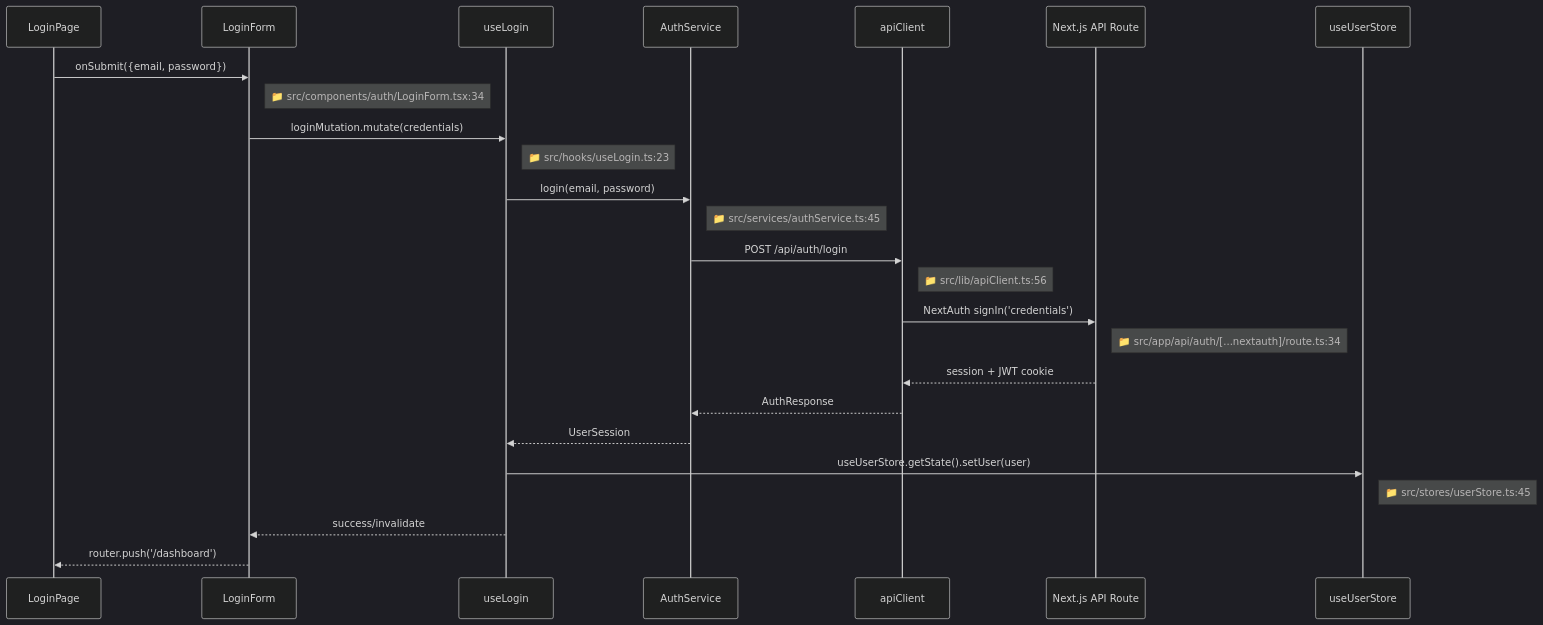
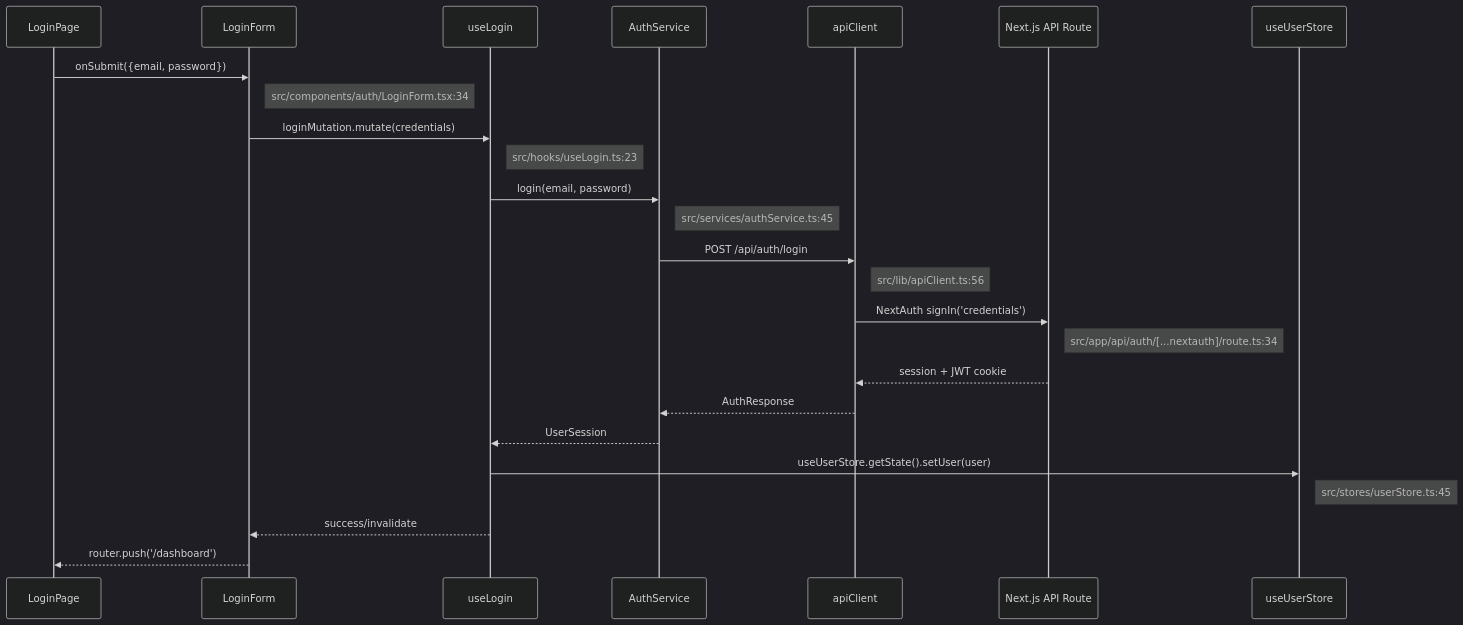
The third of 5 diagrams in references/react-template.md (CaostGrace/project-arch-reverse), drawn with Mermaid (dark theme) before and after one commit. The commit also changed other lines of this file and 10 other files, not shown here.

Commit message:
fix: 修复 12.1 流程图 Mermaid 渲染问题 - 结构重组+节点引号+形状修复

````diff
--- a/references/react-template.md
+++ b/references/react-template.md
@@ -250,28 +263,28 @@
 ```mermaid
 sequenceDiagram
     participant UI as LoginPage
     participant Form as LoginForm
     participant Hook as useLogin
     participant Auth as AuthService
     participant API as apiClient
     participant Backend as Next.js API Route
     participant Store as useUserStore
 
     UI->>Form: onSubmit({email, password})
-    Note right of Form: 📁 src/components/auth/LoginForm.tsx:34
+    Note right of Form:  src/components/auth/LoginForm.tsx:34
     Form->>Hook: loginMutation.mutate(credentials)
-    Note right of Hook: 📁 src/hooks/useLogin.ts:23
+    Note right of Hook:  src/hooks/useLogin.ts:23
     Hook->>Auth: login(email, password)
-    Note right of Auth: 📁 src/services/authService.ts:45
+    Note right of Auth:  src/services/authService.ts:45
     Auth->>API: POST /api/auth/login
-    Note right of API: 📁 src/lib/apiClient.ts:56
+    Note right of API:  src/lib/apiClient.ts:56
     API->>Backend: NextAuth signIn('credentials')
-    Note right of Backend: 📁 src/app/api/auth/[...nextauth]/route.ts:34
+    Note right of Backend:  src/app/api/auth/[...nextauth]/route.ts:34
     Backend-->>API: session + JWT cookie
     API-->>Auth: AuthResponse
     Auth-->>Hook: UserSession
     Hook->>Store: useUserStore.getState().setUser(user)
-    Note right of Store: 📁 src/stores/userStore.ts:45
+    Note right of Store:  src/stores/userStore.ts:45
     Hook-->>Form: success/invalidate
     Form-->>UI: router.push('/dashboard')
 ```
````
